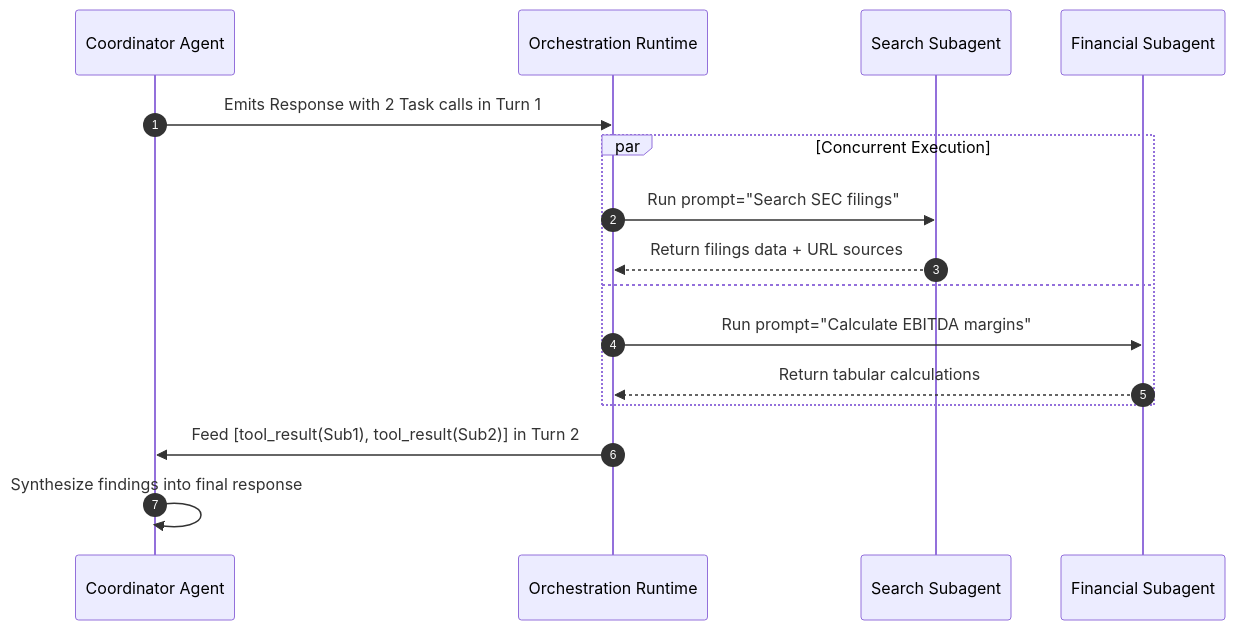
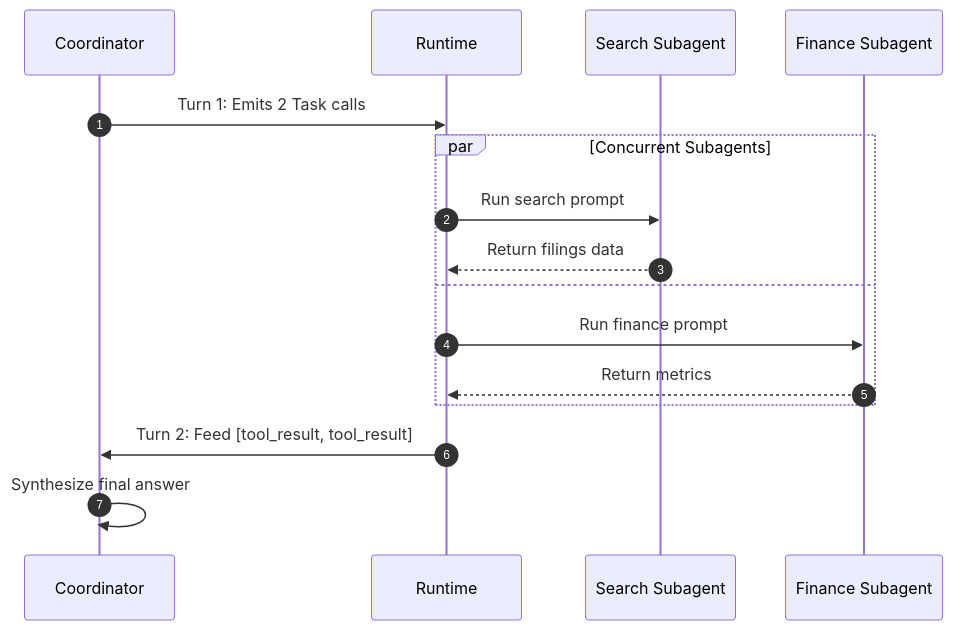
The fourth of 7 diagrams in domain1/KEY_CONCEPTS.md (dip4k/claude_cert_architect_foundation_prep), drawn with Mermaid before and after one commit. The commit also changed other lines of this file and 30 other files, not shown here.

Commit message:
docs: enhance domain and scenario guides with exam rules, golden rules, and simplified GitHub mermaid diagrams

````diff
--- a/domain1/KEY_CONCEPTS.md
+++ b/domain1/KEY_CONCEPTS.md
@@ -243,19 +213,19 @@
 ```mermaid
 sequenceDiagram
     autonumber
-    participant Coord as Coordinator Agent
-    participant Runtime as Orchestration Runtime
+    participant Coord as Coordinator
+    participant Runtime as Runtime
     participant Sub1 as Search Subagent
-    participant Sub2 as Financial Subagent
+    participant Sub2 as Finance Subagent
 
-    Coord->>Runtime: Emits Response with 2 Task calls in Turn 1
-    par Concurrent Execution
-        Runtime->>Sub1: Run prompt="Search SEC filings"
-        Sub1-->>Runtime: Return filings data + URL sources
+    Coord->>Runtime: Turn 1: Emits 2 Task calls
+    par Concurrent Subagents
+        Runtime->>Sub1: Run search prompt
+        Sub1-->>Runtime: Return filings data
     and
-        Runtime->>Sub2: Run prompt="Calculate EBITDA margins"
-        Sub2-->>Runtime: Return tabular calculations
+        Runtime->>Sub2: Run finance prompt
+        Sub2-->>Runtime: Return metrics
     end
-    Runtime->>Coord: Feed [tool_result(Sub1), tool_result(Sub2)] in Turn 2
-    Coord->>Coord: Synthesize findings into final response
+    Runtime->>Coord: Turn 2: Feed [tool_result, tool_result]
+    Coord->>Coord: Synthesize final answer
 ```
````
